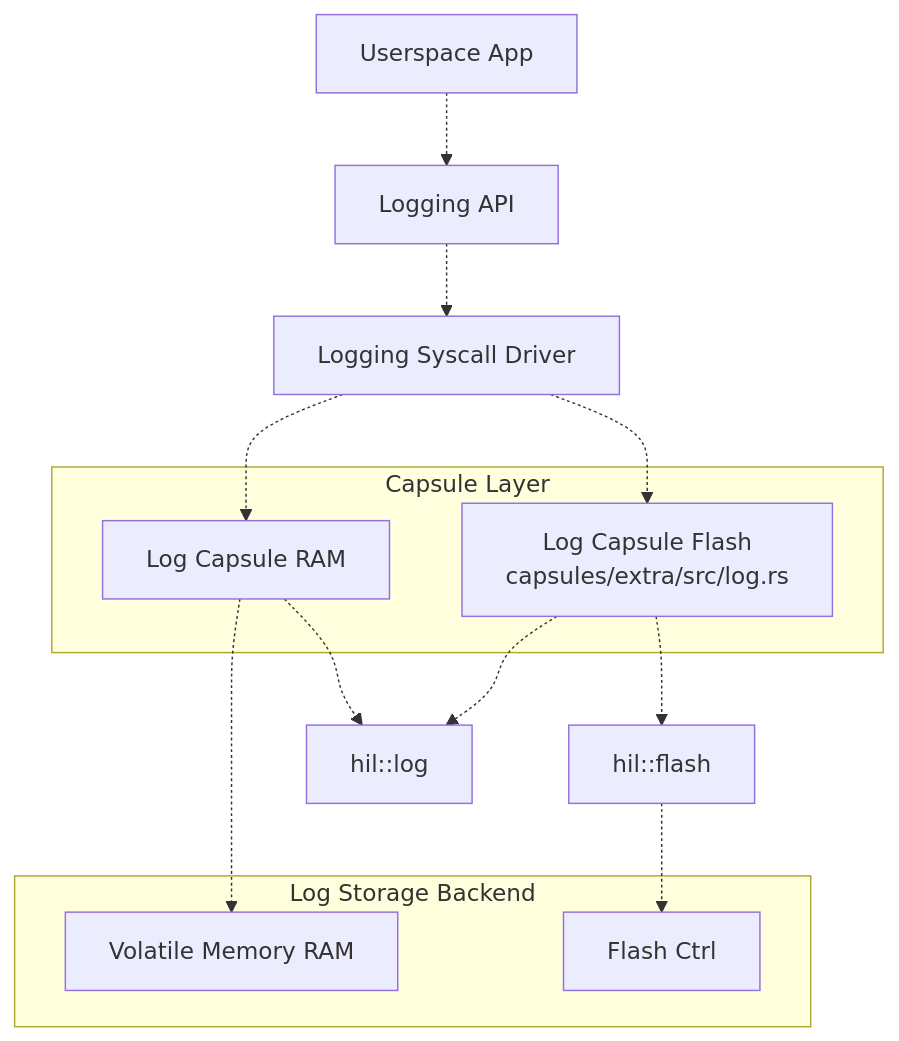
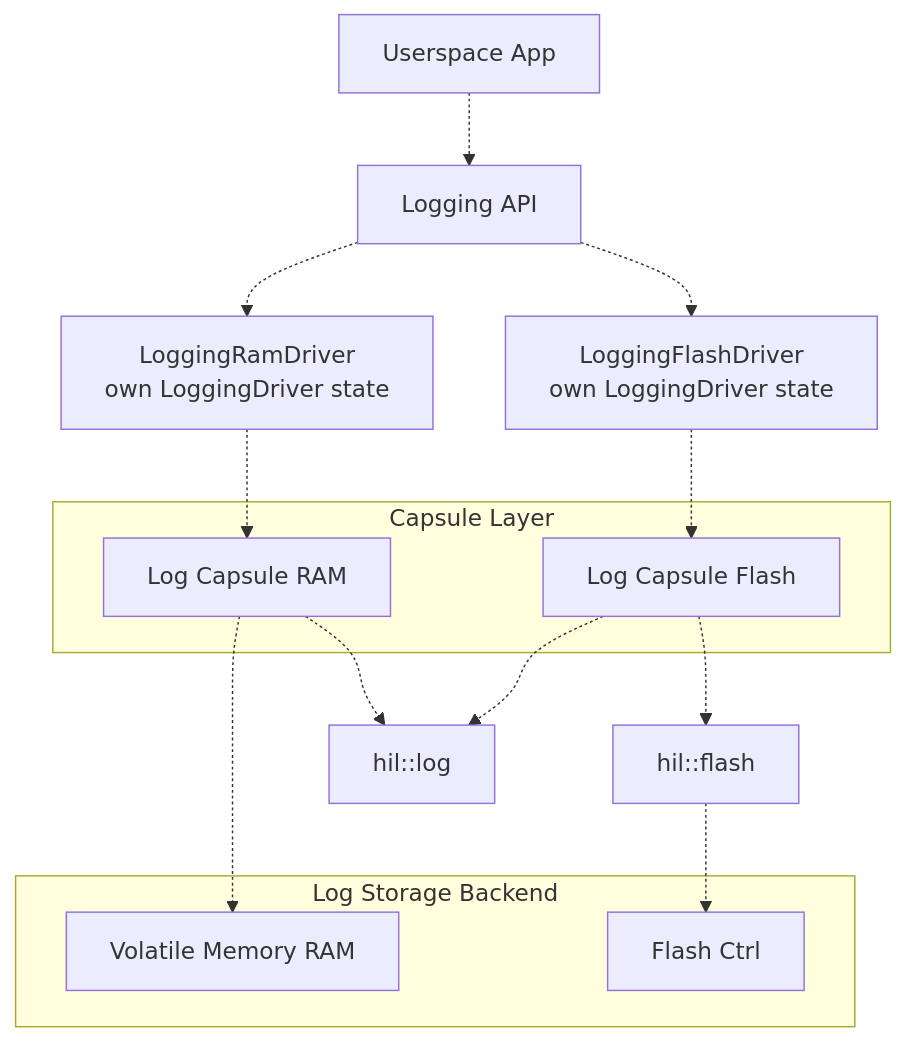
The diagram in docs/src/logging.md (chipsalliance/caliptra-mcu-sw), drawn with Mermaid before and after one commit. The commit also changed other lines of this file and 45 other files, not shown here.

First line of the commit message:
logging: add a RAM backend alongside Flash

````diff
--- a/docs/src/logging.md
+++ b/docs/src/logging.md
@@ -66,30 +74,32 @@
 ```mermaid
 flowchart TD
 
     A[Userspace App]
     B[Logging API]
-    C[Logging Syscall Driver]
+    C1[LoggingRamDriver<br/>own LoggingDriver state]
+    C2[LoggingFlashDriver<br/>own LoggingDriver state]
     subgraph Capsule Layer
         D1[Log Capsule RAM]
-        D2[Log Capsule Flash<br/>capsules/extra/src/log.rs]
+        D2[Log Capsule Flash]
     end
 
     F1[hil::flash]
     F2[hil::log]
 
     subgraph Log Storage Backend
          G1[Volatile Memory RAM]
          G2[Flash Ctrl]
     end
 
     %% Show vertical stacking by linking invisible nodes
     A -.-> B
-    B -.-> C
-    C -.-> D1
-    C -.-> D2
+    B -.-> C1
+    B -.-> C2
+    C1 -.-> D1
+    C2 -.-> D2
     D1 -.-> F2
     D2 -.-> F1
     D2 -.-> F2
     F1 -.-> G2
     D1 -.-> G1
 ```
````
